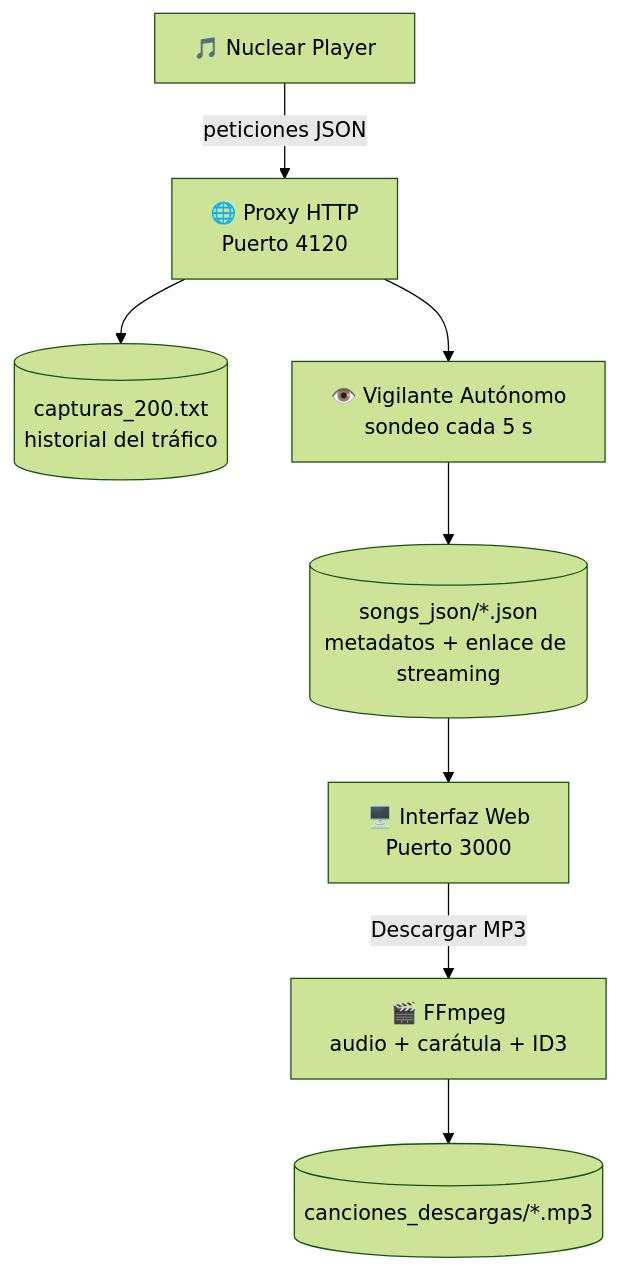
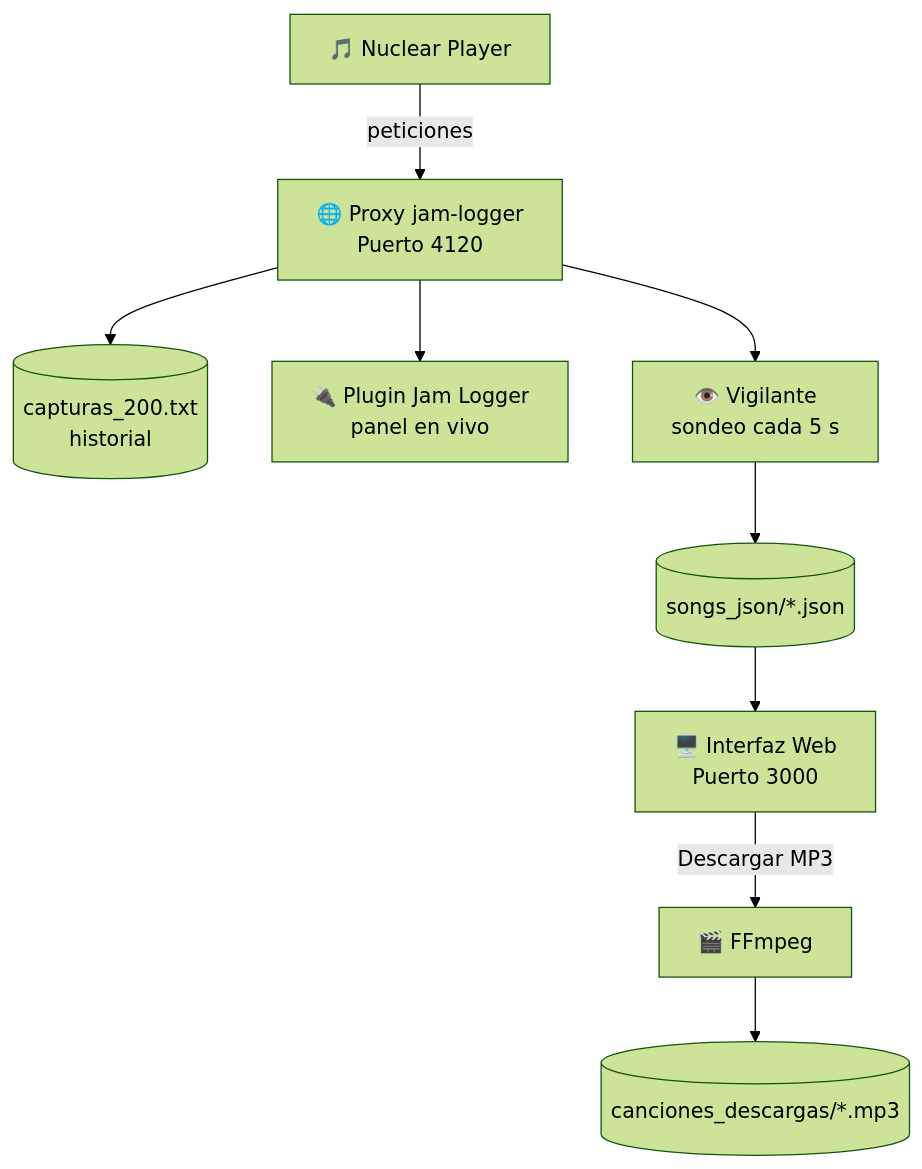
Before and after one commit to VicenteRC-Dev/Downloader-Nuclear: the diagram in README.md, drawn with Mermaid (forest theme). The commit also changed other lines of this file, not shown here.

````diff
--- a/README.md
+++ b/README.md
@@ -41,10 +44,11 @@
 ```mermaid
 flowchart TD
-    A["🎵 Nuclear Player"] -->|peticiones JSON| B["🌐 Proxy HTTP<br/>Puerto 4120"]
-    B --> L[("capturas_200.txt<br/>historial del tráfico")]
-    B --> C["👁️ Vigilante Autónomo<br/>sondeo cada 5 s"]
-    C --> D[("songs_json/*.json<br/>metadatos + enlace de streaming")]
+    A["🎵 Nuclear Player"] -->|peticiones| B["🌐 Proxy jam-logger<br/>Puerto 4120"]
+    B --> L[("capturas_200.txt<br/>historial")]
+    B --> P["🔌 Plugin Jam Logger<br/>panel en vivo"]
+    B --> C["👁️ Vigilante<br/>sondeo cada 5 s"]
+    C --> D[("songs_json/*.json")]
     D --> E["🖥️ Interfaz Web<br/>Puerto 3000"]
-    E -->|Descargar MP3| F["🎬 FFmpeg<br/>audio + carátula + ID3"]
+    E -->|Descargar MP3| F["🎬 FFmpeg"]
     F --> G[("canciones_descargas/*.mp3")]
 ```
````
